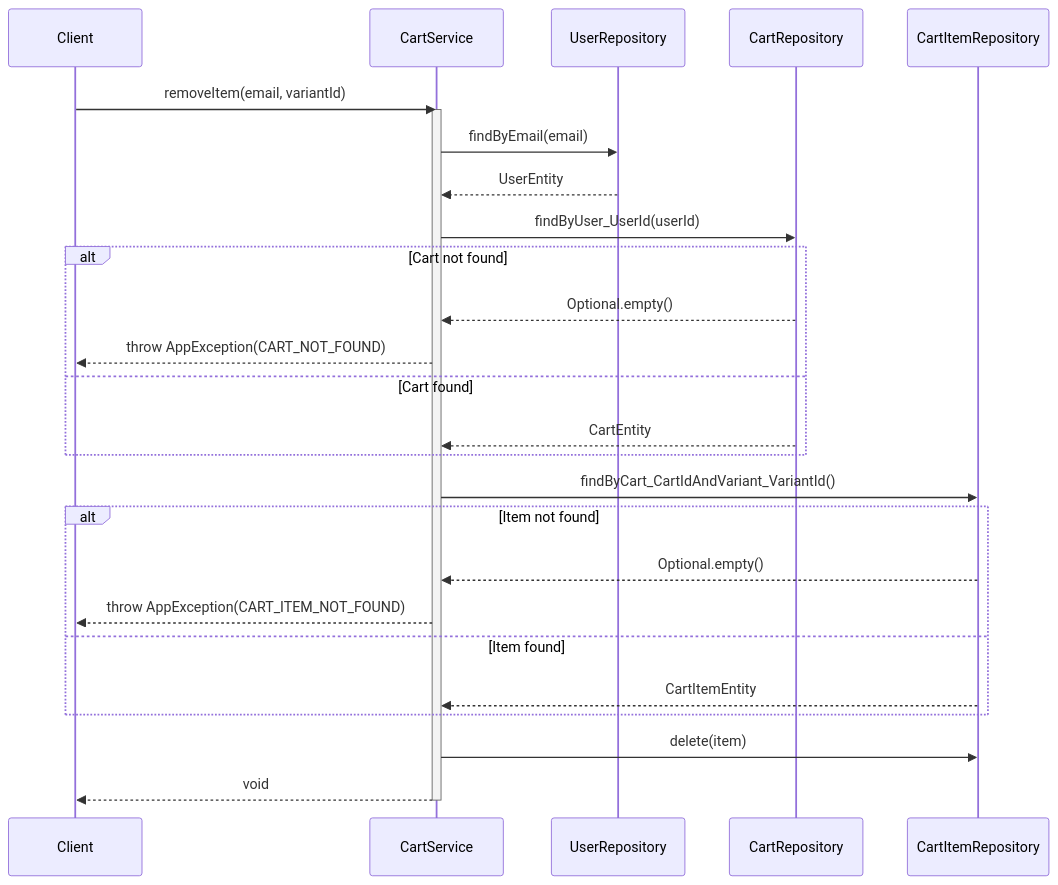
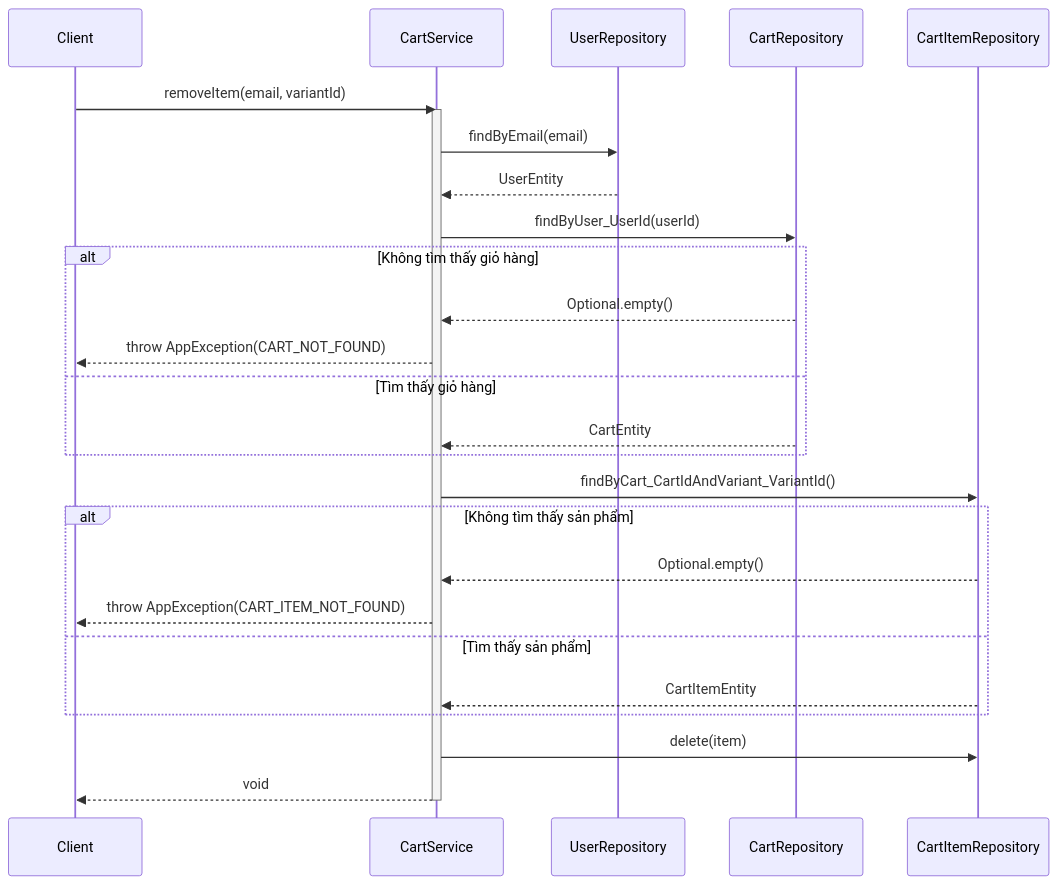
Before and after one commit to aquoc09/easymall: the fourth of 5 diagrams in .agent/sequence/cart_service_sequence_diagrams.md, drawn with Mermaid. The commit also changed other lines of this file and 18 other files, not shown here.

Commit message:
UPDATE: Sequence diagram vietnamese

````diff
--- a/.agent/sequence/cart_service_sequence_diagrams.md
+++ b/.agent/sequence/cart_service_sequence_diagrams.md
@@ -133,35 +133,35 @@
 ```mermaid
 sequenceDiagram
     participant Client
     participant CartService
     participant UserRepository
     participant CartRepository
     participant CartItemRepository
 
     Client->>CartService: removeItem(email, variantId)
     activate CartService
 
     CartService->>UserRepository: findByEmail(email)
     UserRepository-->>CartService: UserEntity
 
     CartService->>CartRepository: findByUser_UserId(userId)
-    alt Cart not found
+    alt Không tìm thấy giỏ hàng
         CartRepository-->>CartService: Optional.empty()
         CartService-->>Client: throw AppException(CART_NOT_FOUND)
-    else Cart found
+    else Tìm thấy giỏ hàng
         CartRepository-->>CartService: CartEntity
     end
 
     CartService->>CartItemRepository: findByCart_CartIdAndVariant_VariantId()
-    alt Item not found
+    alt Không tìm thấy sản phẩm
         CartItemRepository-->>CartService: Optional.empty()
         CartService-->>Client: throw AppException(CART_ITEM_NOT_FOUND)
-    else Item found
+    else Tìm thấy sản phẩm
         CartItemRepository-->>CartService: CartItemEntity
     end
 
     CartService->>CartItemRepository: delete(item)
     
     CartService-->>Client: void
     deactivate CartService
 ```
````
